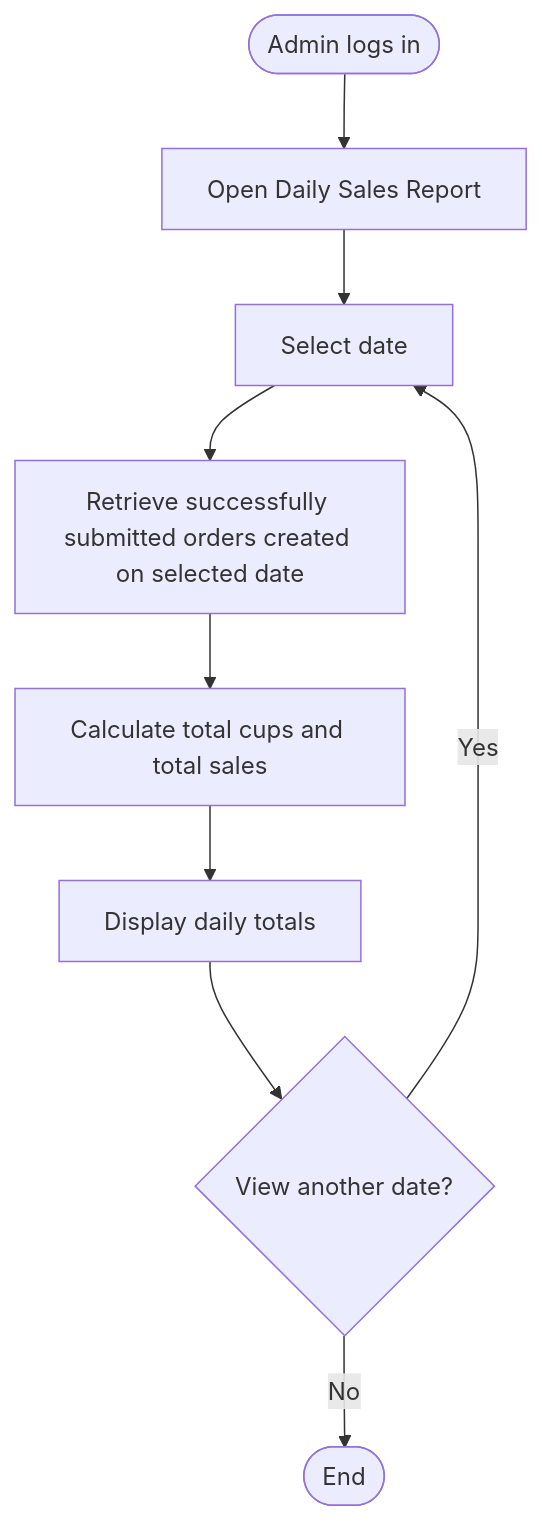
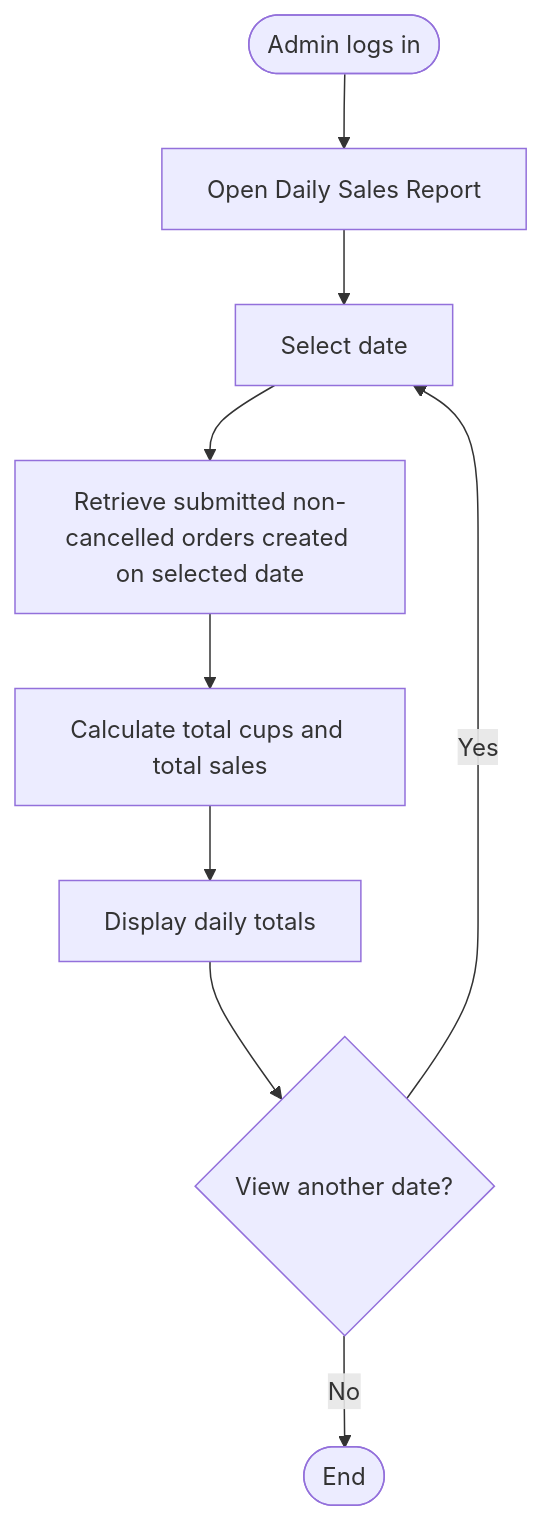
Before and after one commit to bnb-qms/beans-beats-qms: the diagram in docs/specs/F13-daily-totals.md, drawn with Mermaid. The commit also changed other lines of this file and 8 other files, not shown here.

````diff
--- a/docs/specs/F13-daily-totals.md
+++ b/docs/specs/F13-daily-totals.md
@@ -32,11 +34,11 @@
 ```mermaid
 flowchart TD
     A([Admin logs in]) --> B[Open Daily Sales Report]
     B --> C[Select date]
-    C --> D[Retrieve successfully submitted orders created on selected date]
+    C --> D[Retrieve submitted non-cancelled orders created on selected date]
     D --> E[Calculate total cups and total sales]
     E --> F[Display daily totals]
     F --> G{View another date?}
     G -->|Yes| C
     G -->|No| H([End])
 ```
````
